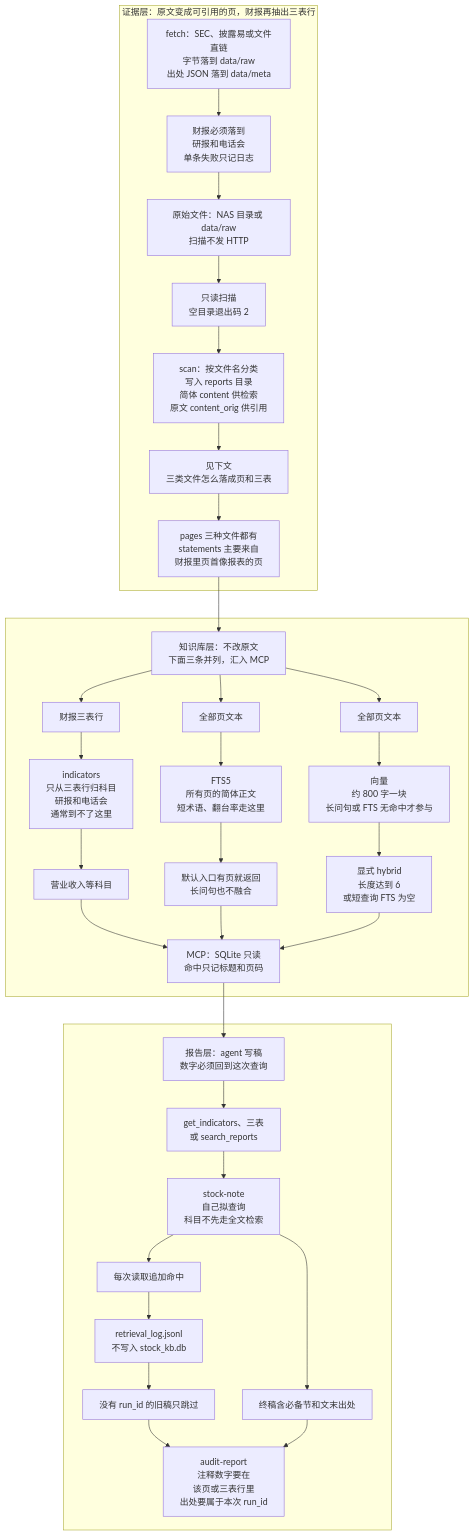
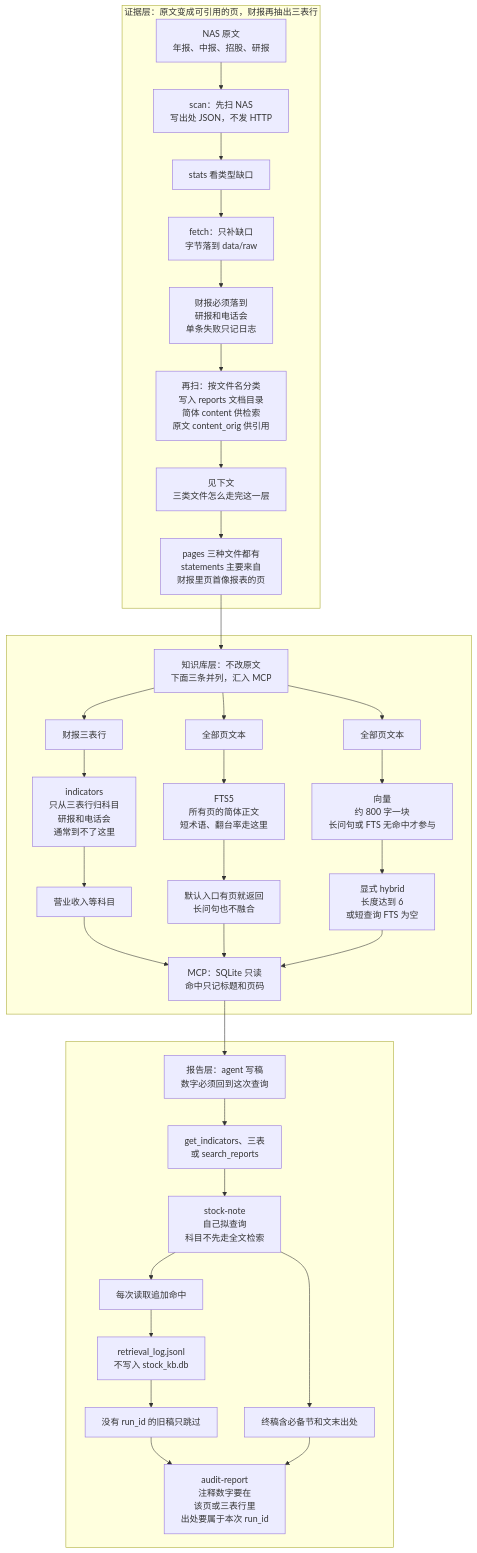
Before and after one commit to lyfxxxx/stock-kb: the first of 5 diagrams in docs/report-system.md, drawn with Mermaid. The commit also changed other lines of this file and 32 other files, not shown here.

````diff
--- a/docs/report-system.md
+++ b/docs/report-system.md
@@ -22,43 +24,44 @@
 ```mermaid
 flowchart TB
   subgraph evidence [证据层：原文变成可引用的页，财报再抽出三表行]
-    fetch[fetch：SEC、披露易或文件直链<br/>字节落到 data/raw<br/>出处 JSON 落到 data/meta]
+    nas[NAS 原文<br/>年报、中报、招股、研报]
+    scanNas[scan：先扫 NAS<br/>写出处 JSON，不发 HTTP]
+    nGap[stats 看类型缺口]
+    fetch[fetch：只补缺口<br/>字节落到 data/raw]
     nFetch[财报必须落到<br/>研报和电话会<br/>单条失败只记日志]
-    files[原始文件：NAS 目录或 data/raw<br/>扫描不发 HTTP]
-    nScan[只读扫描<br/>空目录退出码 2]
-    scan[scan：按文件名分类<br/>写入 reports 目录<br/>简体 content 供检索<br/>原文 content_orig 供引用]
-    nPages[见下文<br/>三类文件怎么落成页和三表]
+    scan[再扫：按文件名分类<br/>写入 reports 文档目录<br/>简体 content 供检索<br/>原文 content_orig 供引用]
+    nPages[见下文<br/>三类文件怎么走完这一层]
     pages[pages 三种文件都有<br/>statements 主要来自<br/>财报里页首像报表的页]
-    fetch --> nFetch --> files --> nScan --> scan --> nPages --> pages
+    nas --> scanNas --> nGap --> fetch --> nFetch --> scan --> nPages --> pages
   end
   subgraph knowledge [" "]
     kcap[知识库层：不改原文<br/>下面三条并列，汇入 MCP]
     nInd[财报三表行]
     ind[indicators<br/>只从三表行归科目<br/>研报和电话会<br/>通常到不了这里]
     nRev[营业收入等科目]
     nFts[全部页文本]
     fts[FTS5<br/>所有页的简体正文<br/>短术语、翻台率走这里]
     nKeep[默认入口有页就返回<br/>长问句也不融合]
     nVec[全部页文本]
     vec[向量<br/>约 800 字一块<br/>长问句或 FTS 无命中才参与]
     nHy[显式 hybrid<br/>长度达到 6<br/>或短查询 FTS 为空]
     mcp[MCP：SQLite 只读<br/>命中只记标题和页码]
     pages --> kcap
     kcap --> nInd --> ind --> nRev --> mcp
     kcap --> nFts --> fts --> nKeep --> mcp
     kcap --> nVec --> vec --> nHy --> mcp
   end
   subgraph report [" "]
     rcap[报告层：agent 写稿<br/>数字必须回到这次查询]
     nNote[get_indicators、三表<br/>或 search_reports]
     note[stock-note<br/>自己拟查询<br/>科目不先走全文检索]
     nHit[每次读取追加命中]
     qlog[retrieval_log.jsonl<br/>不写入 stock_kb.db]
     nSkip[没有 run_id 的旧稿只跳过]
     nDone[终稿含必备节和文末出处]
     audit[audit-report<br/>注释数字要在<br/>该页或三表行里<br/>出处要属于本次 run_id]
     mcp --> rcap --> nNote --> note
     note --> nHit --> qlog --> nSkip --> audit
     note --> nDone --> audit
   end
 ```
````
